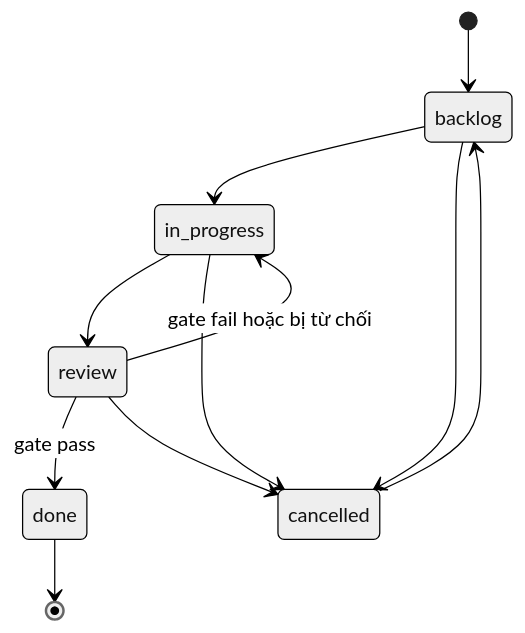
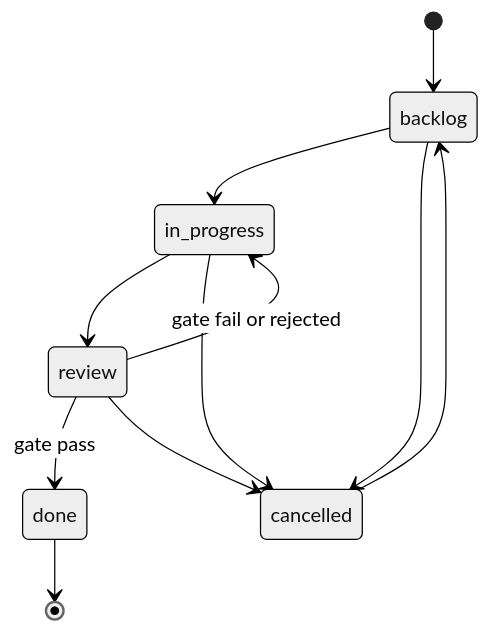
Before and after one commit to tungld9999blacksmith/Strata: the fifth of 21 diagrams in README.md, drawn with Mermaid (neutral theme). The commit also changed other lines of this file and 13 other files, not shown here.

````diff
--- a/README.md
+++ b/README.md
@@ -415,13 +415,13 @@
 ```mermaid
 stateDiagram-v2
     [*] --> backlog
     backlog --> in_progress
     in_progress --> review
-    review --> in_progress: gate fail hoặc bị từ chối
+    review --> in_progress: gate fail or rejected
     review --> done: gate pass
     backlog --> cancelled
     in_progress --> cancelled
     review --> cancelled
     cancelled --> backlog
     done --> [*]
 ```
````
